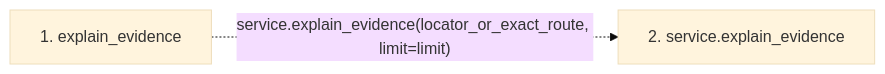
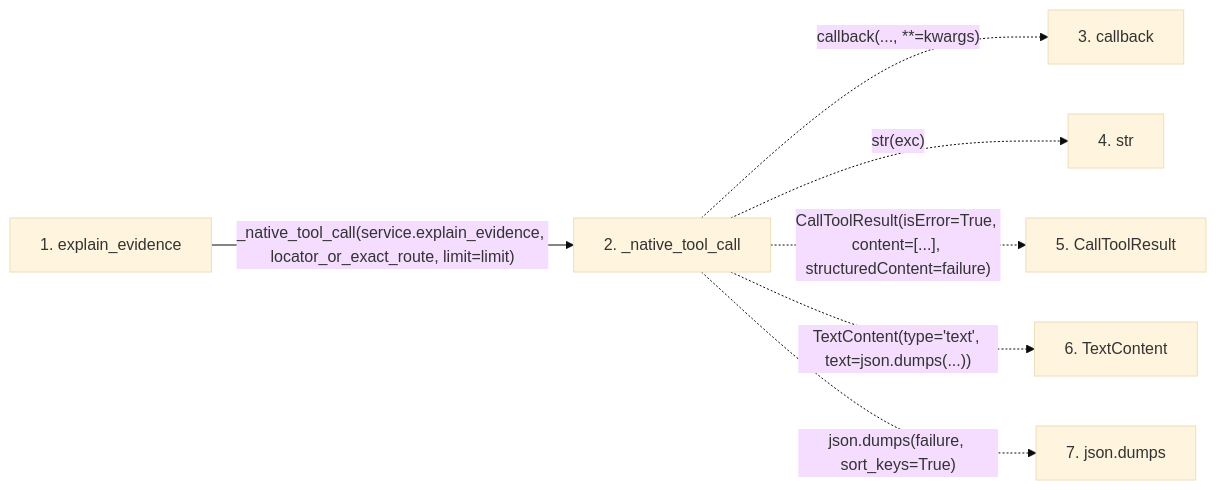
One commit to Denissvgn/python-wiki-llm changed the second of 2 diagrams in docs/llm_wiki/flows/mcp-explain_evidence.md. Above: the diagram before and after it, drawn with Mermaid (base theme). The commit also changed other lines of this file and 398 other files, not shown here.

````diff
--- a/docs/llm_wiki/flows/mcp-explain_evidence.md
+++ b/docs/llm_wiki/flows/mcp-explain_evidence.md
@@ -20,7 +30,18 @@
 ```mermaid
 flowchart LR
     s1["1. explain_evidence"]
-    s2["2. service.explain_evidence"]
-    s1 -. "service.explain_evidence(locator_or_exact_route, limit=limit)" .-> s2
+    s2["2. _native_tool_call"]
+    s3["3. callback"]
+    s4["4. str"]
+    s5["5. CallToolResult"]
+    s6["6. TextContent"]
+    s7["7. json.dumps"]
+    s1 -->|"_native_tool_call(service.explain_evidence, locator_or_exact_route, limit=limit)"| s2
+    s2 -. "callback(..., **=kwargs)" .-> s3
+    s2 -. "str(exc)" .-> s4
+    s2 -. "CallToolResult(isError=True, content=[...], structuredContent=failure)" .-> s5
+    s2 -. "TextContent(type='text', text=json.dumps(...))" .-> s6
+    s2 -. "json.dumps(failure, sort_keys=True)" .-> s7
     click s1 "../modules/mcp_server.md"
+    click s2 "../modules/mcp_server.md"
 ```
````
